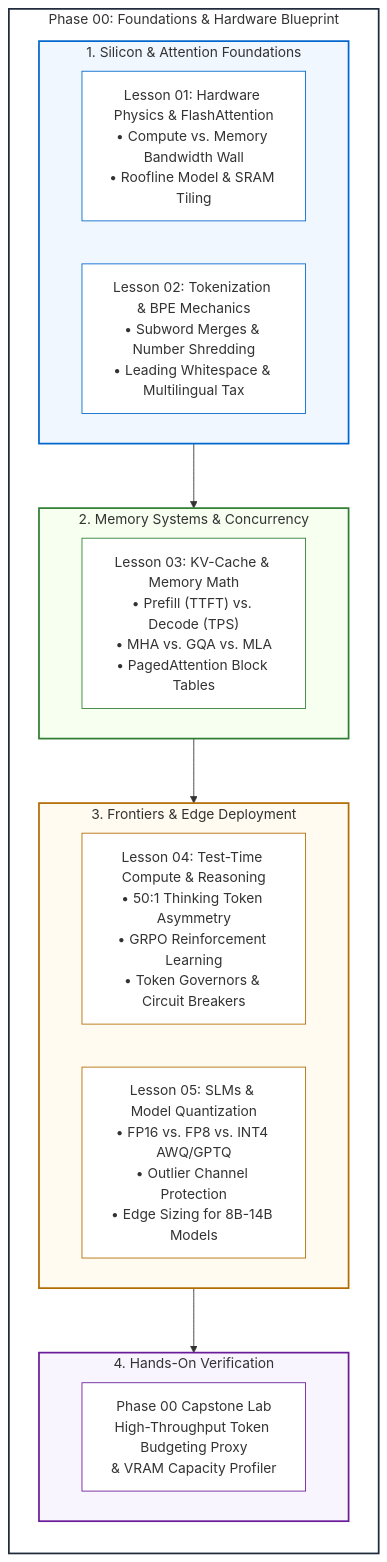
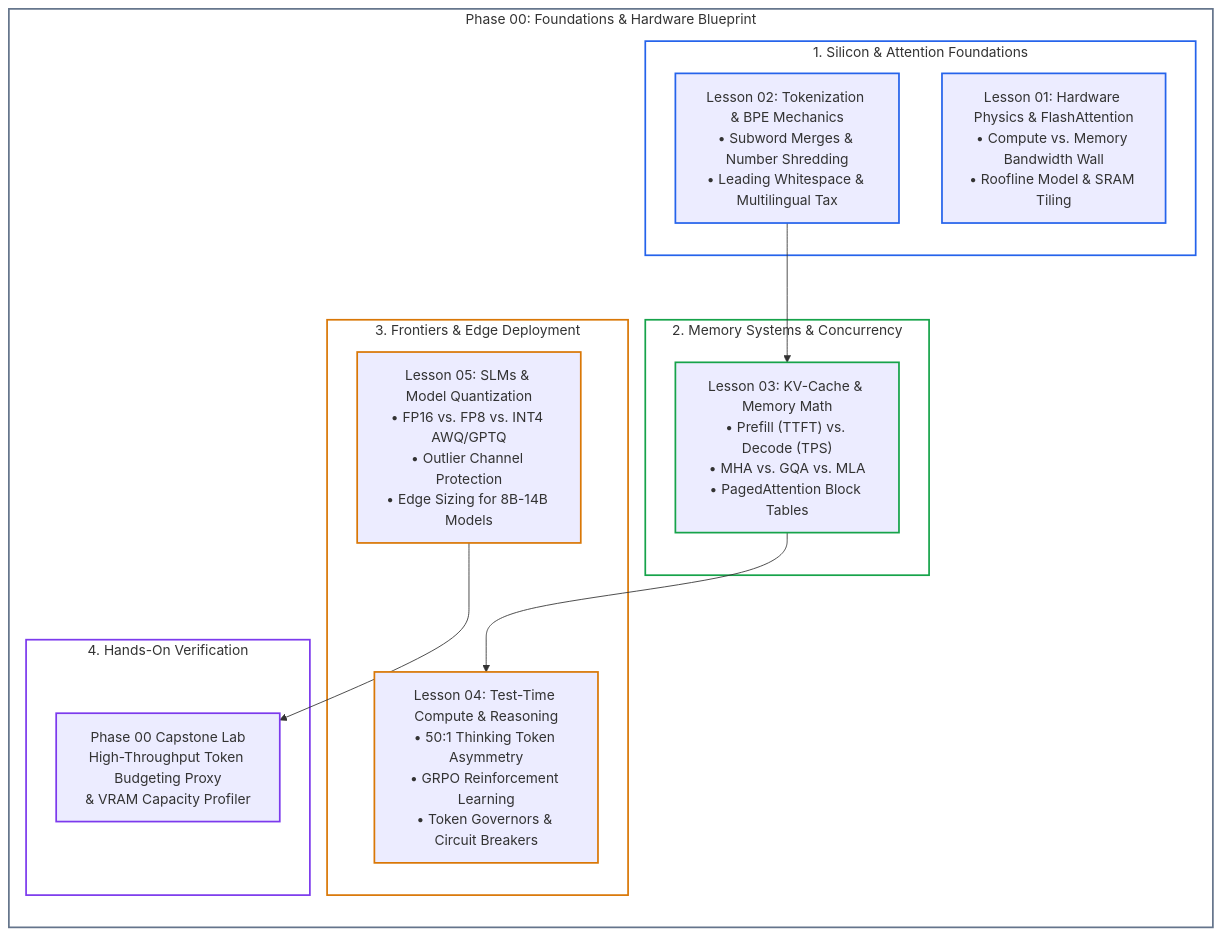
The diagram in 00-foundations-and-token-mechanics/README.md (dip4k/senior-engineer-to-ai-engineer-roadmap), drawn with Mermaid before and after one commit. The commit also changed 15 other files, not shown here.

First line of the commit message:
feat(curriculum): theme-adaptive diagrams, low-node modular flows, and Phase 00 beginner-style refactor

````diff
--- a/00-foundations-and-token-mechanics/README.md
+++ b/00-foundations-and-token-mechanics/README.md
@@ -36,41 +36,41 @@
 ```mermaid
 flowchart TD
     subgraph PHASE00["Phase 00: Foundations & Hardware Blueprint"]
         direction TB
 
         subgraph CORE_HW["1. Silicon & Attention Foundations"]
             L1["Lesson 01: Hardware Physics & FlashAttention<br>• Compute vs. Memory Bandwidth Wall<br>• Roofline Model & SRAM Tiling"]
             L2["Lesson 02: Tokenization & BPE Mechanics<br>• Subword Merges & Number Shredding<br>• Leading Whitespace & Multilingual Tax"]
         end
 
         subgraph MEM_SYS["2. Memory Systems & Concurrency"]
             L3["Lesson 03: KV-Cache & Memory Math<br>• Prefill (TTFT) vs. Decode (TPS)<br>• MHA vs. GQA vs. MLA<br>• PagedAttention Block Tables"]
         end
 
         subgraph ADV_SYS["3. Frontiers & Edge Deployment"]
             L4["Lesson 04: Test-Time Compute & Reasoning<br>• 50:1 Thinking Token Asymmetry<br>• GRPO Reinforcement Learning<br>• Token Governors & Circuit Breakers"]
             L5["Lesson 05: SLMs & Model Quantization<br>• FP16 vs. FP8 vs. INT4 AWQ/GPTQ<br>• Outlier Channel Protection<br>• Edge Sizing for 8B-14B Models"]
         end
 
         subgraph CAPSTONE["4. Hands-On Verification"]
             LAB["Phase 00 Capstone Lab<br>High-Throughput Token Budgeting Proxy<br>& VRAM Capacity Profiler"]
         end
 
-        CORE_HW --> MEM_SYS
-        MEM_SYS --> ADV_SYS
-        ADV_SYS --> CAPSTONE
+        L2 --> L3
+        L3 --> L4
+        L5 --> LAB
     end
 
-    style PHASE00 fill:#ffffff,stroke:#1e293b,stroke-width:2px
-    style CORE_HW fill:#f0f7ff,stroke:#0066cc,stroke-width:2px
-    style MEM_SYS fill:#f6fff0,stroke:#2e7d32,stroke-width:2px
-    style ADV_SYS fill:#fffbf0,stroke:#b26b00,stroke-width:2px
-    style CAPSTONE fill:#f8f5ff,stroke:#6a1b9a,stroke-width:2px
+    style PHASE00 fill:none,stroke:#64748b,stroke-width:2px
+    style CORE_HW fill:none,stroke:#2563eb,stroke-width:2px
+    style MEM_SYS fill:none,stroke:#16a34a,stroke-width:2px
+    style ADV_SYS fill:none,stroke:#d97706,stroke-width:2px
+    style CAPSTONE fill:none,stroke:#7c3aed,stroke-width:2px
 
-    style L1 fill:#ffffff,stroke:#0066cc,stroke-width:1px
-    style L2 fill:#ffffff,stroke:#0066cc,stroke-width:1px
-    style L3 fill:#ffffff,stroke:#2e7d32,stroke-width:1px
-    style L4 fill:#ffffff,stroke:#b26b00,stroke-width:1px
-    style L5 fill:#ffffff,stroke:#b26b00,stroke-width:1px
-    style LAB fill:#ffffff,stroke:#6a1b9a,stroke-width:1px
+    style L1 stroke:#2563eb,stroke-width:2px
+    style L2 stroke:#2563eb,stroke-width:2px
+    style L3 stroke:#16a34a,stroke-width:2px
+    style L4 stroke:#d97706,stroke-width:2px
+    style L5 stroke:#d97706,stroke-width:2px
+    style LAB stroke:#7c3aed,stroke-width:2px
 ```
````
